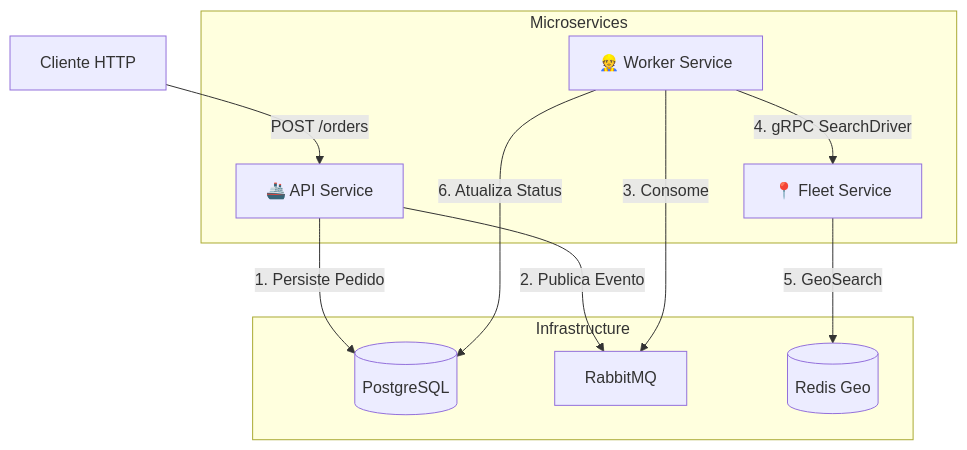
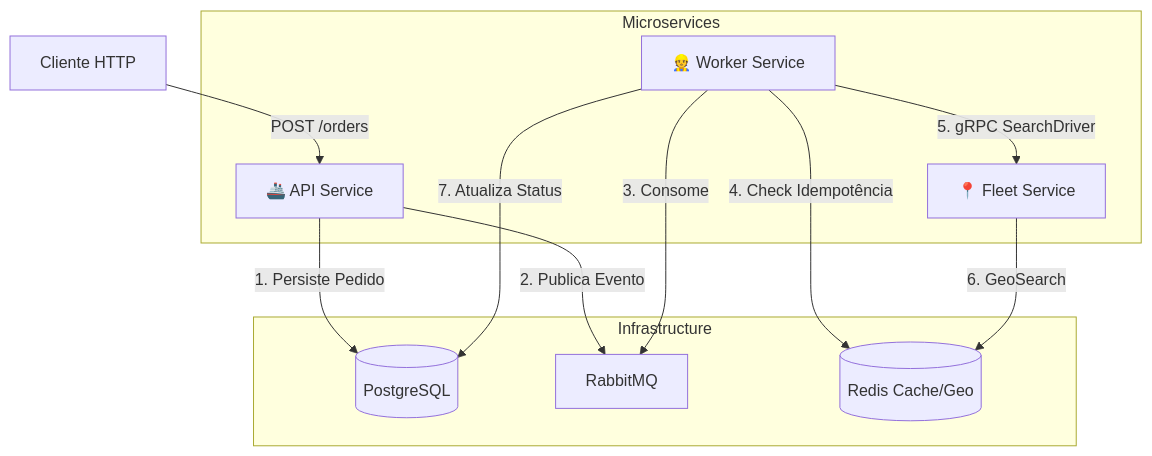
One commit to DioGolang/GoFleet changed the first of 5 diagrams in README.md. Above: the diagram before and after it, drawn with Mermaid. The commit also changed other lines of this file, not shown here.

````diff
--- a/README.md
+++ b/README.md
@@ -33,23 +33,24 @@
 ```mermaid
 graph TD
     User[Cliente HTTP] -->|POST /orders| API[🚢 API Service]
-    
-    subgraph Infrastructure
-        DB[(PostgreSQL)]
-        MQ[RabbitMQ]
-        Redis[(Redis Geo)]
-    end
 
-    subgraph Microservices
-        API -->|1. Persiste Pedido| DB
-        API -->|2. Publica Evento| MQ
-        
-        Worker[👷 Worker Service] -->|3. Consome| MQ
-        Worker -->|6. Atualiza Status| DB
-        
-        Fleet[📍 Fleet Service] -->|5. GeoSearch| Redis
-    end
+subgraph Infrastructure
+DB[(PostgreSQL)]
+MQ[RabbitMQ]
+Redis[(Redis Cache/Geo)]
+end
 
-    Worker -->|4. gRPC SearchDriver| Fleet
+subgraph Microservices
+API -->|1. Persiste Pedido| DB
+API -->|2. Publica Evento| MQ
+
+Worker[👷 Worker Service] -->|3. Consome| MQ
+Worker -->|4. Check Idempotência| Redis
+Worker -->|7. Atualiza Status| DB
+
+Fleet[📍 Fleet Service] -->|6. GeoSearch| Redis
+end
+
+Worker -->|5. gRPC SearchDriver| Fleet
 
 ```
````
